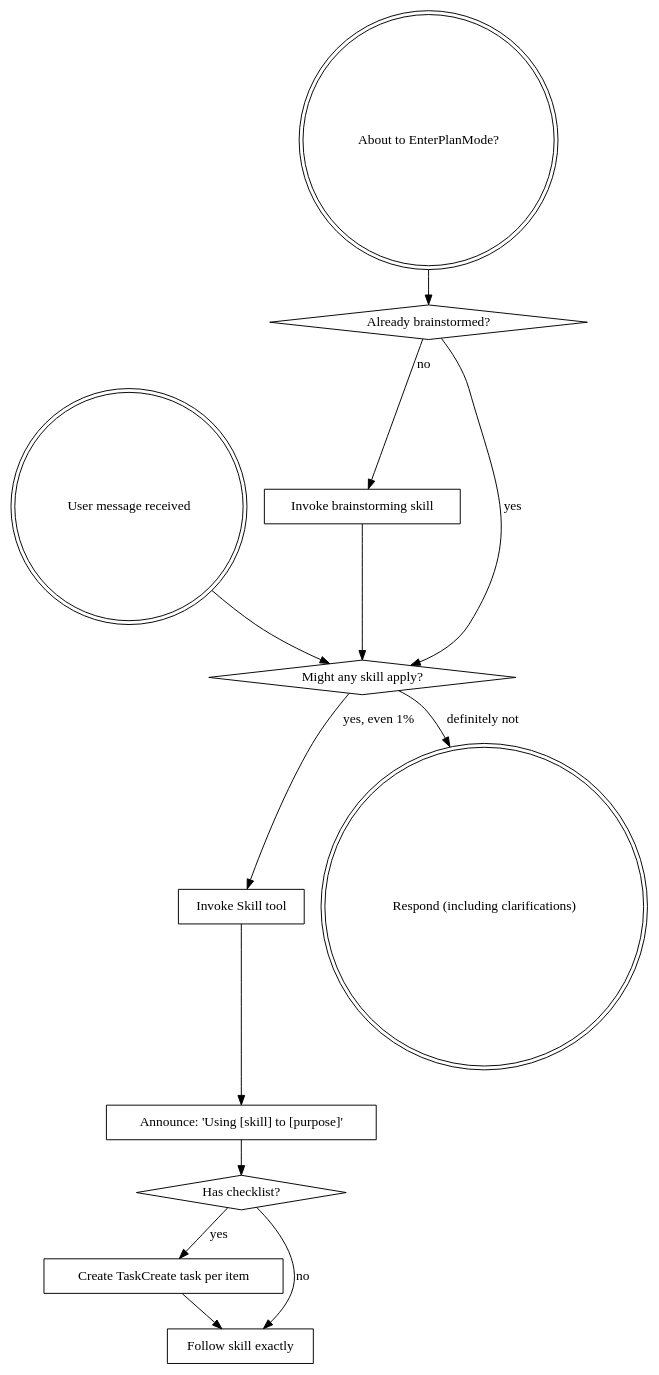
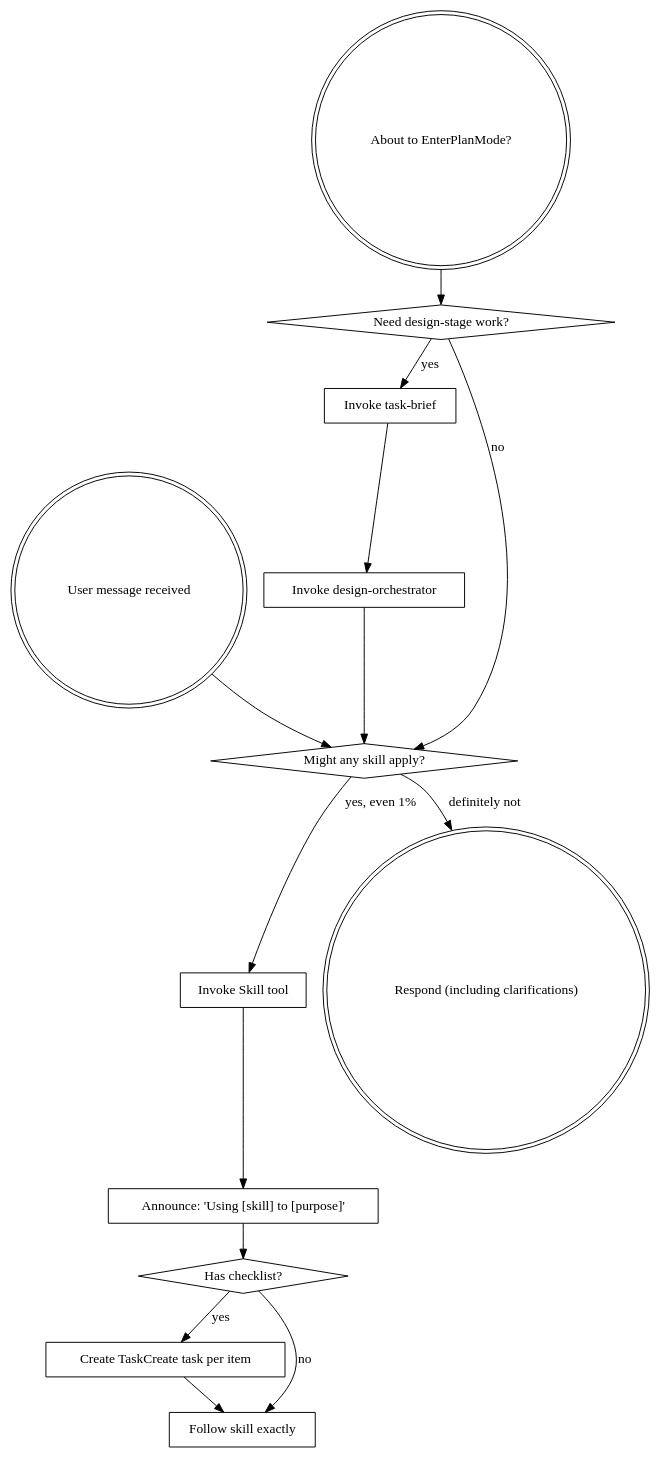
Before and after one commit to freeacger/loom: the diagram in docs/skills/workflow.md, drawn with Graphviz. The commit also changed other lines of this file and 14 other files, not shown here.

First line of the commit message:
feat: add terminal diagram conventions to design skills

````diff
--- a/docs/skills/workflow.md
+++ b/docs/skills/workflow.md
@@ -5,29 +5,31 @@
 ```dot
 digraph skill_flow {
     "User message received" [shape=doublecircle];
     "About to EnterPlanMode?" [shape=doublecircle];
-    "Already brainstormed?" [shape=diamond];
-    "Invoke brainstorming skill" [shape=box];
+    "Need design-stage work?" [shape=diamond];
+    "Invoke task-brief" [shape=box];
+    "Invoke design-orchestrator" [shape=box];
     "Might any skill apply?" [shape=diamond];
     "Invoke Skill tool" [shape=box];
     "Announce: 'Using [skill] to [purpose]'" [shape=box];
     "Has checklist?" [shape=diamond];
     "Create TaskCreate task per item" [shape=box];
     "Follow skill exactly" [shape=box];
     "Respond (including clarifications)" [shape=doublecircle];
 
-    "About to EnterPlanMode?" -> "Already brainstormed?";
-    "Already brainstormed?" -> "Invoke brainstorming skill" [label="no"];
-    "Already brainstormed?" -> "Might any skill apply?" [label="yes"];
-    "Invoke brainstorming skill" -> "Might any skill apply?";
+    "About to EnterPlanMode?" -> "Need design-stage work?";
+    "Need design-stage work?" -> "Invoke task-brief" [label="yes"];
+    "Invoke task-brief" -> "Invoke design-orchestrator";
+    "Invoke design-orchestrator" -> "Might any skill apply?";
+    "Need design-stage work?" -> "Might any skill apply?" [label="no"];
 
     "User message received" -> "Might any skill apply?";
     "Might any skill apply?" -> "Invoke Skill tool" [label="yes, even 1%"];
     "Might any skill apply?" -> "Respond (including clarifications)" [label="definitely not"];
     "Invoke Skill tool" -> "Announce: 'Using [skill] to [purpose]'";
     "Announce: 'Using [skill] to [purpose]'" -> "Has checklist?";
     "Has checklist?" -> "Create TaskCreate task per item" [label="yes"];
     "Has checklist?" -> "Follow skill exactly" [label="no"];
     "Create TaskCreate task per item" -> "Follow skill exactly";
 }
 ```
````
